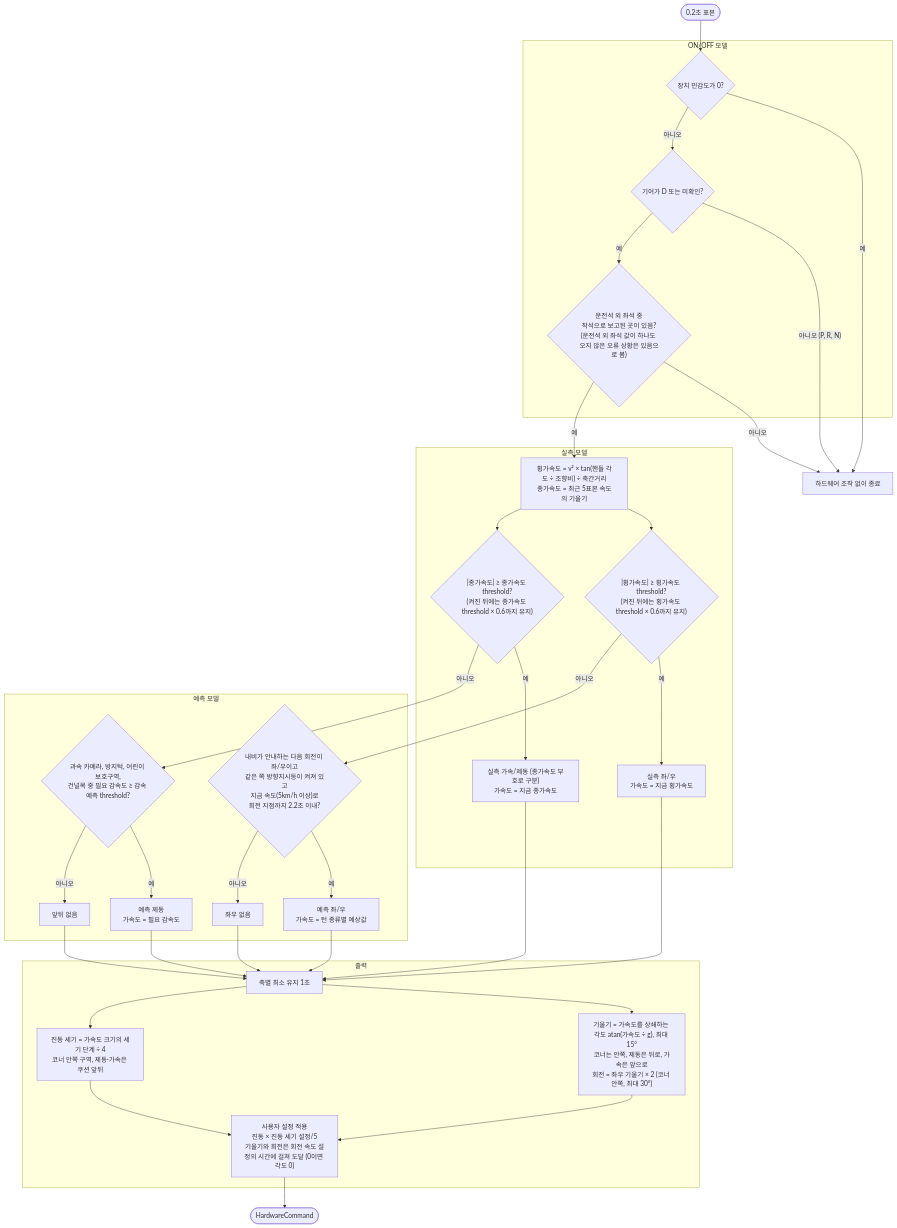
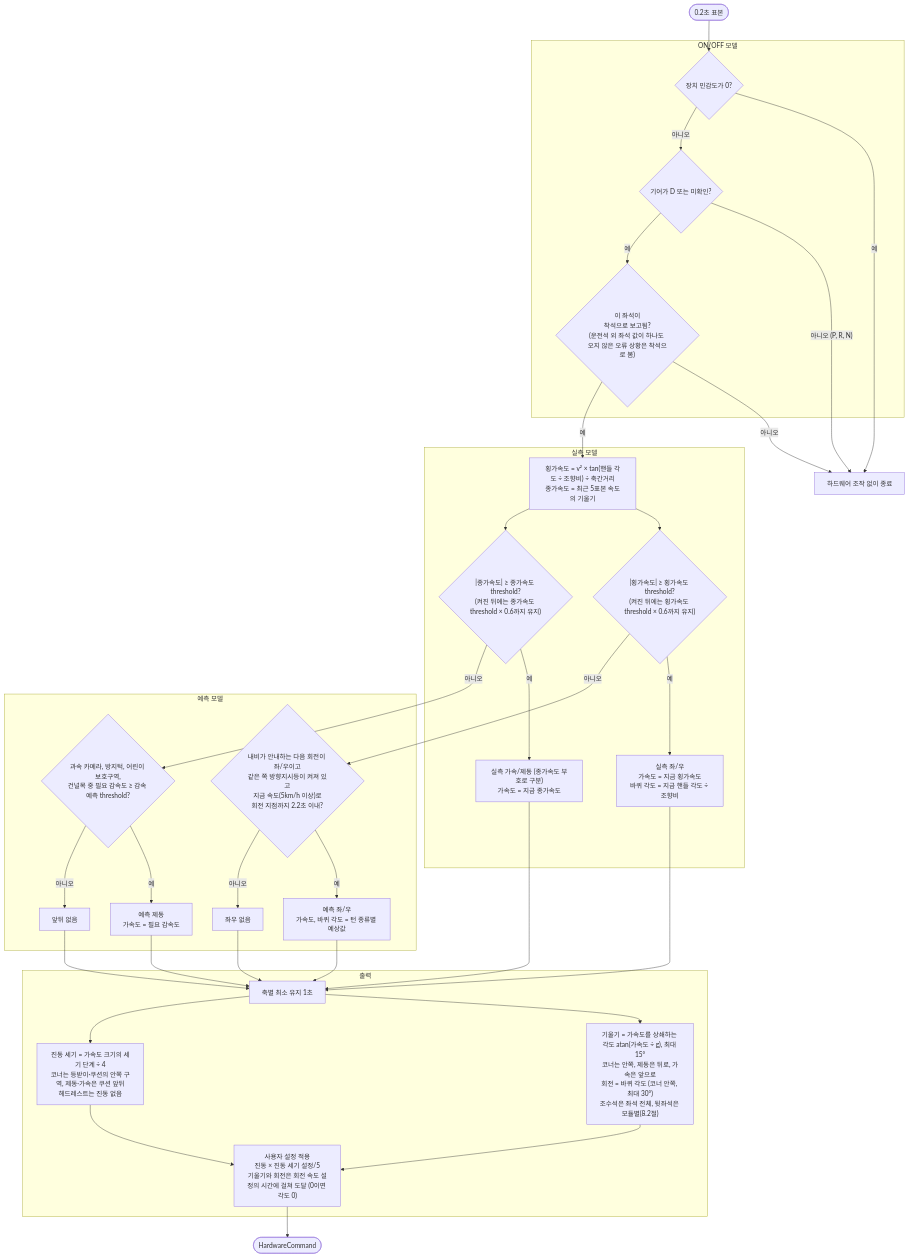
The second of 2 diagrams in docs/HardwareControl.md (jujaya920-ui/Active-Seat-For-All), drawn with Mermaid before and after one commit. The commit also changed other lines of this file and 1 other file, not shown here.

````diff
--- a/docs/HardwareControl.md
+++ b/docs/HardwareControl.md
@@ -58,54 +58,54 @@
 ```mermaid
 flowchart TD
     A([0.2초 표본]) --> B
 
     subgraph ONOFF["ON/OFF 모델"]
         B{장치 민감도가 0?}
         C{기어가 D 또는 미확인?}
-        P{"운전석 외 좌석 중<br/>착석으로 보고된 곳이 있음?<br/>(운전석 외 좌석 값이 하나도 오지 않은 오류 상황은 있음으로 봄)"}
+        P{"이 좌석이<br/>착석으로 보고됨?<br/>(운전석 외 좌석 값이 하나도 오지 않은 오류 상황은 착석으로 봄)"}
     end
     B -- 예 --> X[하드웨어 조작 없이 종료]
     B -- 아니오 --> C
     C -- "아니오 (P, R, N)" --> X
     C -- 예 --> P
     P -- 아니오 --> X
     P -- 예 --> D
 
     subgraph MEASURED["실측 모델"]
         D["횡가속도 = v² × tan(핸들 각도 ÷ 조향비) ÷ 축간거리<br/>종가속도 = 최근 5표본 속도의 기울기"]
         E{"|횡가속도| ≥ 횡가속도 threshold?<br/>(켜진 뒤에는 횡가속도 threshold × 0.6까지 유지)"}
         F{"|종가속도| ≥ 종가속도 threshold?<br/>(켜진 뒤에는 종가속도 threshold × 0.6까지 유지)"}
-        E1["실측 좌/우<br/>가속도 = 지금 횡가속도"]
+        E1["실측 좌/우<br/>가속도 = 지금 횡가속도<br/>바퀴 각도 = 지금 핸들 각도 ÷ 조향비"]
         F1["실측 가속/제동 (종가속도 부호로 구분)<br/>가속도 = 지금 종가속도"]
     end
     D --> E
     D --> F
     E -- 예 --> E1
     F -- 예 --> F1
 
     subgraph PREDICTED["예측 모델"]
         E2{"내비가 안내하는 다음 회전이 좌/우이고<br/>같은 쪽 방향지시등이 켜져 있고<br/>지금 속도(5km/h 이상)로<br/>회전 지점까지 2.2초 이내?"}
         F2{"과속 카메라, 방지턱, 어린이 보호구역,<br/>건널목 중 필요 감속도 ≥ 감속 예측 threshold?"}
-        E3["예측 좌/우<br/>가속도 = 턴 종류별 예상값"]
+        E3["예측 좌/우<br/>가속도, 바퀴 각도 = 턴 종류별 예상값"]
         E4[좌우 없음]
         F3["예측 제동<br/>가속도 = 필요 감속도"]
         F4[앞뒤 없음]
     end
     E -- 아니오 --> E2
     F -- 아니오 --> F2
     E2 -- 예 --> E3
     E2 -- 아니오 --> E4
     F2 -- 예 --> F3
     F2 -- 아니오 --> F4
 
     subgraph OUTPUT["출력"]
         H[축별 최소 유지 1초]
-        J["기울기 = 가속도를 상쇄하는 각도 atan(가속도 ÷ g), 최대 15°<br/>코너는 안쪽, 제동은 뒤로, 가속은 앞으로<br/>회전 = 좌우 기울기 × 2 (코너 안쪽, 최대 30°)"]
-        V["진동 세기 = 가속도 크기의 세기 단계 ÷ 4<br/>코너 안쪽 구역, 제동·가속은 쿠션 앞뒤"]
+        J["기울기 = 가속도를 상쇄하는 각도 atan(가속도 ÷ g), 최대 15°<br/>코너는 안쪽, 제동은 뒤로, 가속은 앞으로<br/>회전 = 바퀴 각도 (코너 안쪽, 최대 30°)<br/>조수석은 좌석 전체, 뒷좌석은 모듈별(8.2절)"]
+        V["진동 세기 = 가속도 크기의 세기 단계 ÷ 4<br/>코너는 등받이·쿠션의 안쪽 구역, 제동·가속은 쿠션 앞뒤<br/>헤드레스트는 진동 없음"]
         K["사용자 설정 적용<br/>진동 × 진동 세기 설정/5<br/>기울기와 회전은 회전 속도 설정의 시간에 걸쳐 도달 (0이면 각도 0)"]
     end
     E1 & E3 & E4 --> H
     F1 & F3 & F4 --> H
     H --> J & V
     J & V --> K --> L([HardwareCommand])
 ```
````
